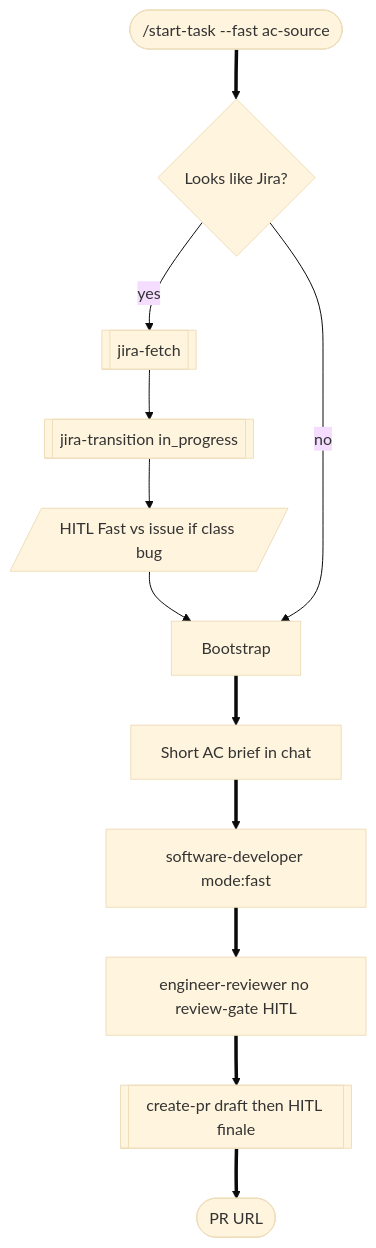
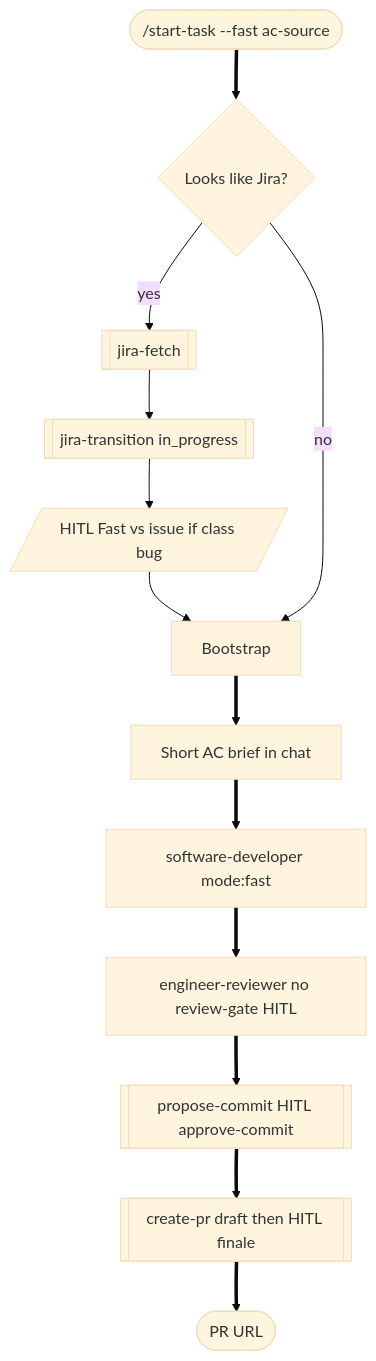
Before and after one commit to a-trembak/cursor-spells: diagram 12 of 14 in docs/superpowers/pipeline-flow.md, drawn with Mermaid (base theme). The commit also changed other lines of this file and 22 other files, not shown here.

First line of the commit message:
feat(pipeline): propose-commit gate after engineer-review (#55)

````diff
--- a/docs/superpowers/pipeline-flow.md
+++ b/docs/superpowers/pipeline-flow.md
@@ -497,19 +544,20 @@
 ```mermaid
 flowchart TD
   startFast(["/start-task --fast ac-source"])
   looksJira{Looks like Jira?}
   fetch[["jira-fetch"]]
   inProgress[["jira-transition in_progress"]]
   fastVsIssue[/"HITL Fast vs issue if class bug"/]
   boot["Bootstrap"]
   brief["Short AC brief in chat"]
   exec["software-developer mode:fast"]
   review["engineer-reviewer no review-gate HITL"]
+  commitNode[["propose-commit HITL approve-commit"]]
   prNode[["create-pr draft then HITL finale"]]
   doneFast(["PR URL"])
 
   startFast ==> looksJira
   looksJira -->|"yes"| fetch --> inProgress --> fastVsIssue --> boot
   looksJira -->|"no"| boot
-  boot ==> brief ==> exec ==> review ==> prNode ==> doneFast
+  boot ==> brief ==> exec ==> review ==> commitNode ==> prNode ==> doneFast
 ```
````
